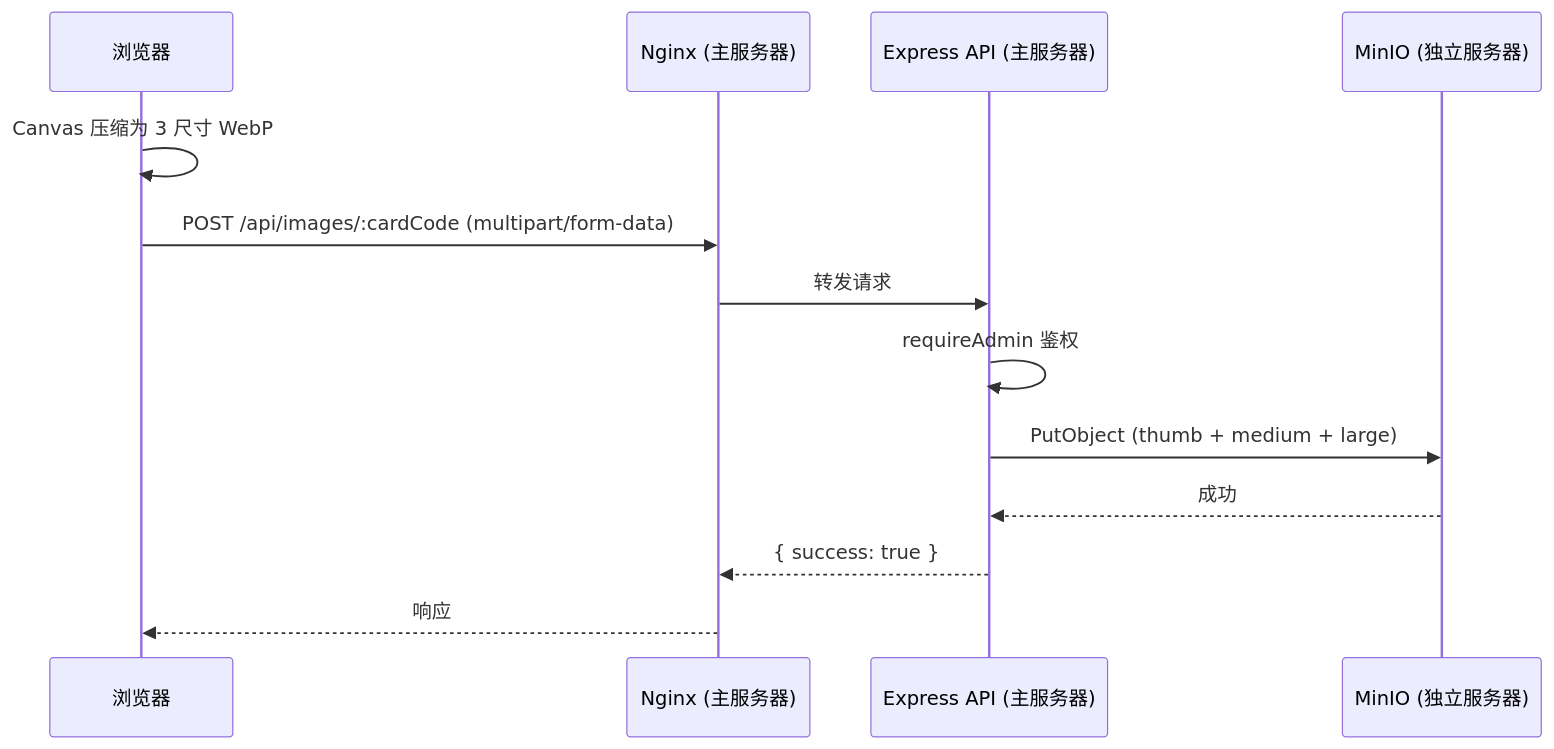
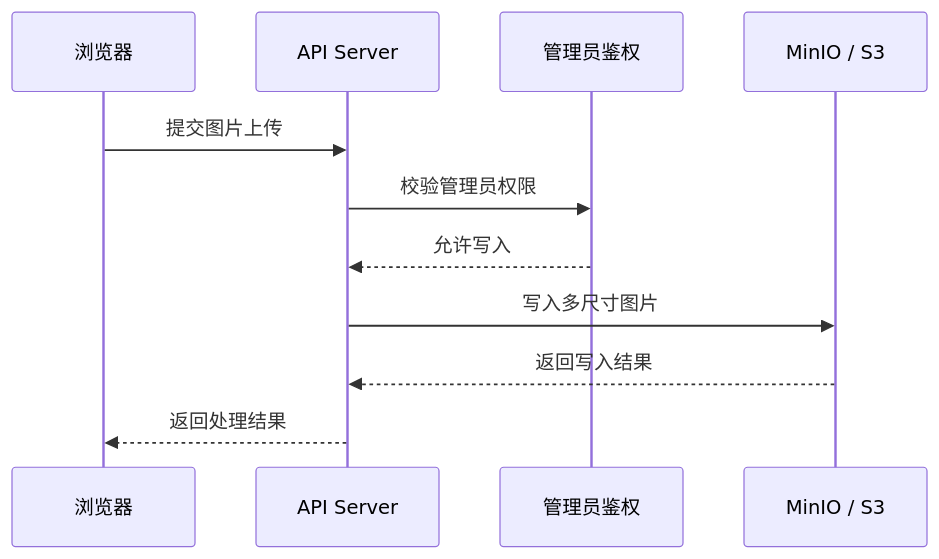
One commit to catmeow123456/loveca-dev changed the first of 2 diagrams in docs/minio-requirements.md. Above: the diagram before and after it, drawn with Mermaid. The commit also changed other lines of this file and 42 other files, not shown here.

````diff
--- a/docs/minio-requirements.md
+++ b/docs/minio-requirements.md
@@ -183,16 +61,14 @@
 ```mermaid
 sequenceDiagram
-    participant B as 浏览器
-    participant N as Nginx (主服务器)
-    participant API as Express API (主服务器)
-    participant M as MinIO (独立服务器)
+    participant Browser as 浏览器
+    participant API as API Server
+    participant Auth as 管理员鉴权
+    participant Store as MinIO / S3
 
-    B->>B: Canvas 压缩为 3 尺寸 WebP
-    B->>N: POST /api/images/:cardCode (multipart/form-data)
-    N->>API: 转发请求
-    API->>API: requireAdmin 鉴权
-    API->>M: PutObject (thumb + medium + large)
-    M-->>API: 成功
-    API-->>N: { success: true }
-    N-->>B: 响应
+    Browser->>API: 提交图片上传
+    API->>Auth: 校验管理员权限
+    Auth-->>API: 允许写入
+    API->>Store: 写入多尺寸图片
+    Store-->>API: 返回写入结果
+    API-->>Browser: 返回处理结果
 ```
````
